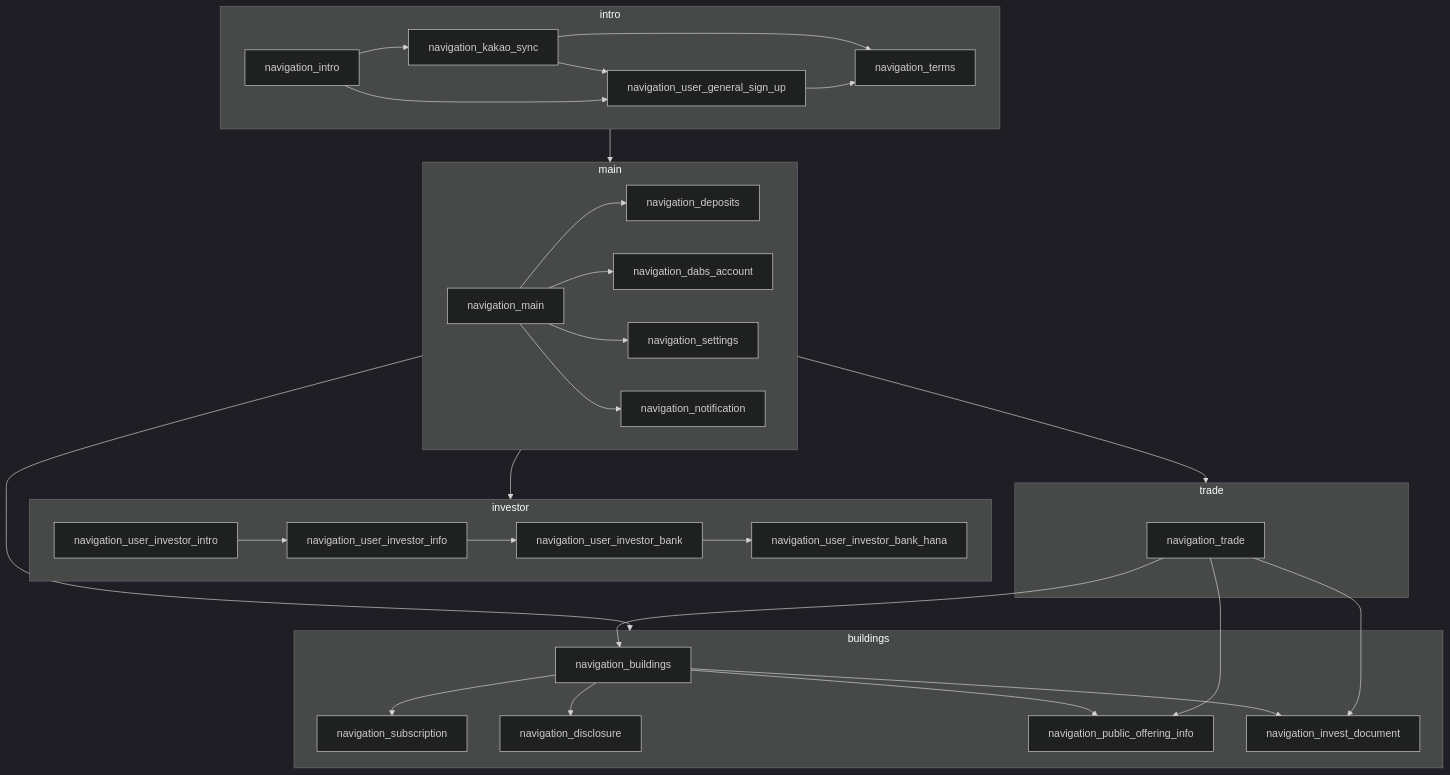
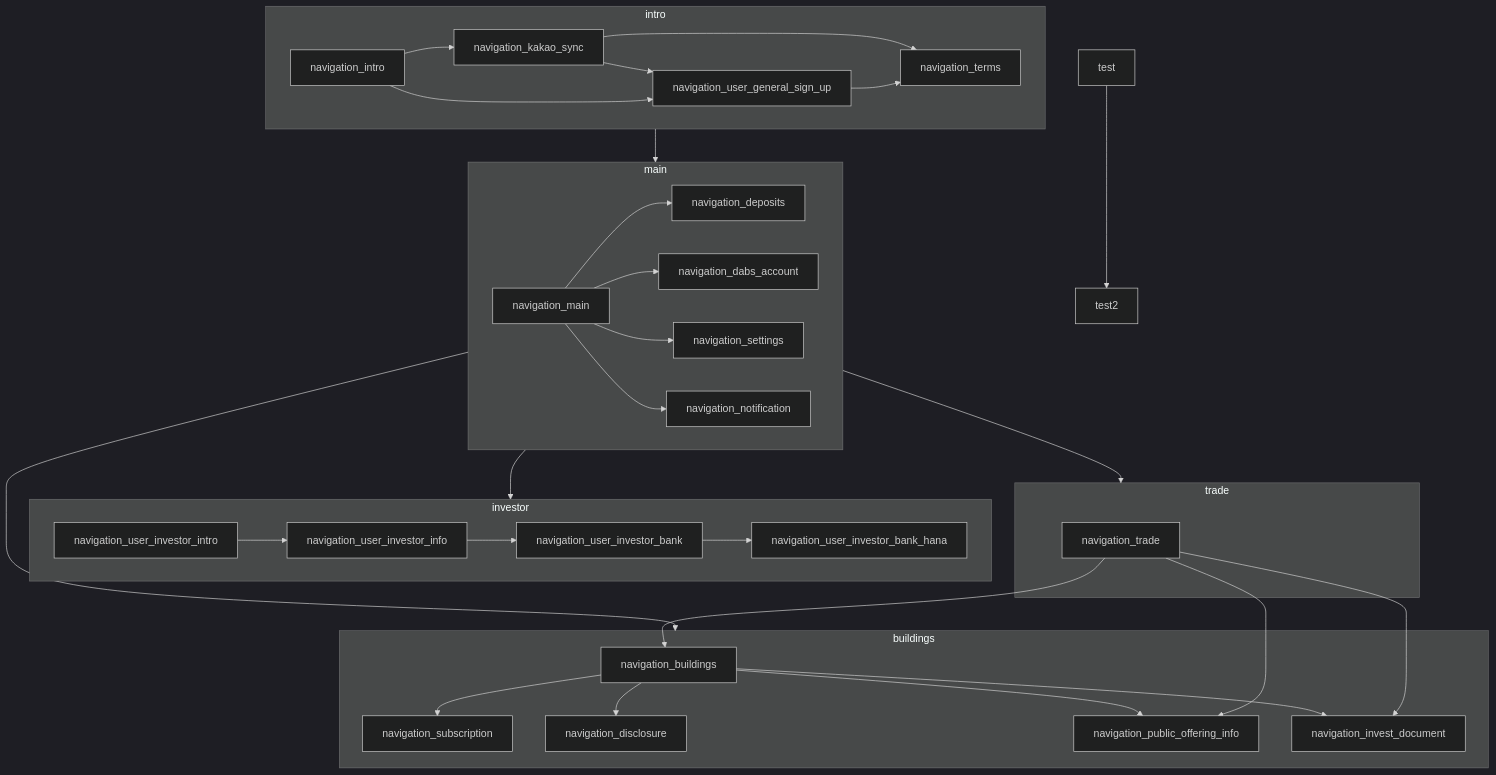
One commit to code-bross/flow-chart-sample changed the diagram in mermaid/navigation.mermaid. Above: the diagram before and after it, drawn with Mermaid (dark theme).

```diff
--- a/mermaid/navigation.mermaid
+++ b/mermaid/navigation.mermaid
@@ -1,34 +1,35 @@
 flowchart TB
     subgraph intro
         navigation_intro-->navigation_kakao_sync;
         navigation_intro-->navigation_user_general_sign_up;
         navigation_kakao_sync-->navigation_terms;
         navigation_kakao_sync-->navigation_user_general_sign_up;
         navigation_user_general_sign_up-->navigation_terms;
     end
     subgraph main
         navigation_main-->navigation_deposits;
         navigation_main-->navigation_dabs_account;
         navigation_main-->navigation_settings;
         navigation_main-->navigation_notification;
     end
     subgraph investor
         navigation_user_investor_intro-->navigation_user_investor_info;
         navigation_user_investor_info-->navigation_user_investor_bank;
         navigation_user_investor_bank-->navigation_user_investor_bank_hana;
     end
     subgraph buildings
         navigation_buildings-->navigation_subscription;
         navigation_buildings-->navigation_disclosure;
         navigation_buildings-->navigation_public_offering_info;
         navigation_buildings-->navigation_invest_document;
     end
     subgraph trade
         navigation_trade-->navigation_public_offering_info;
         navigation_trade-->navigation_buildings;
         navigation_trade-->navigation_invest_document;
     end
     intro --> main;
     main --> investor;
     main --> buildings;
     main --> trade;
+    test --> test2;
```
